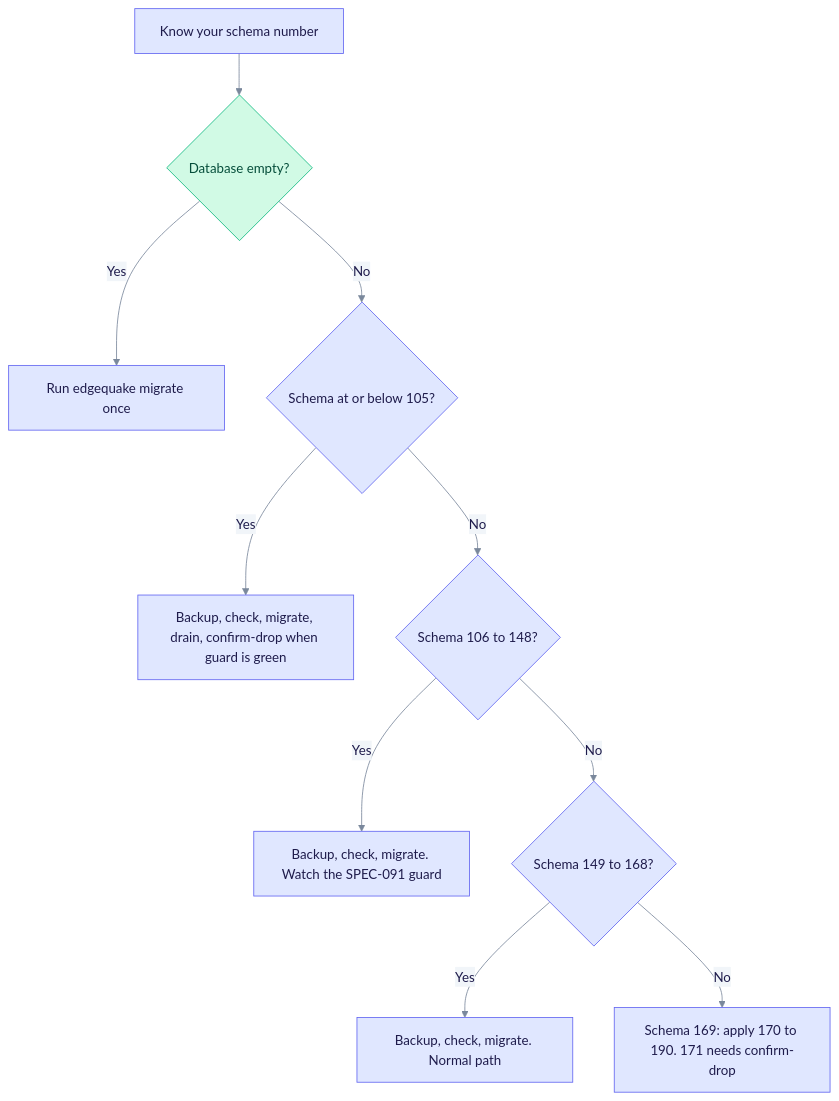
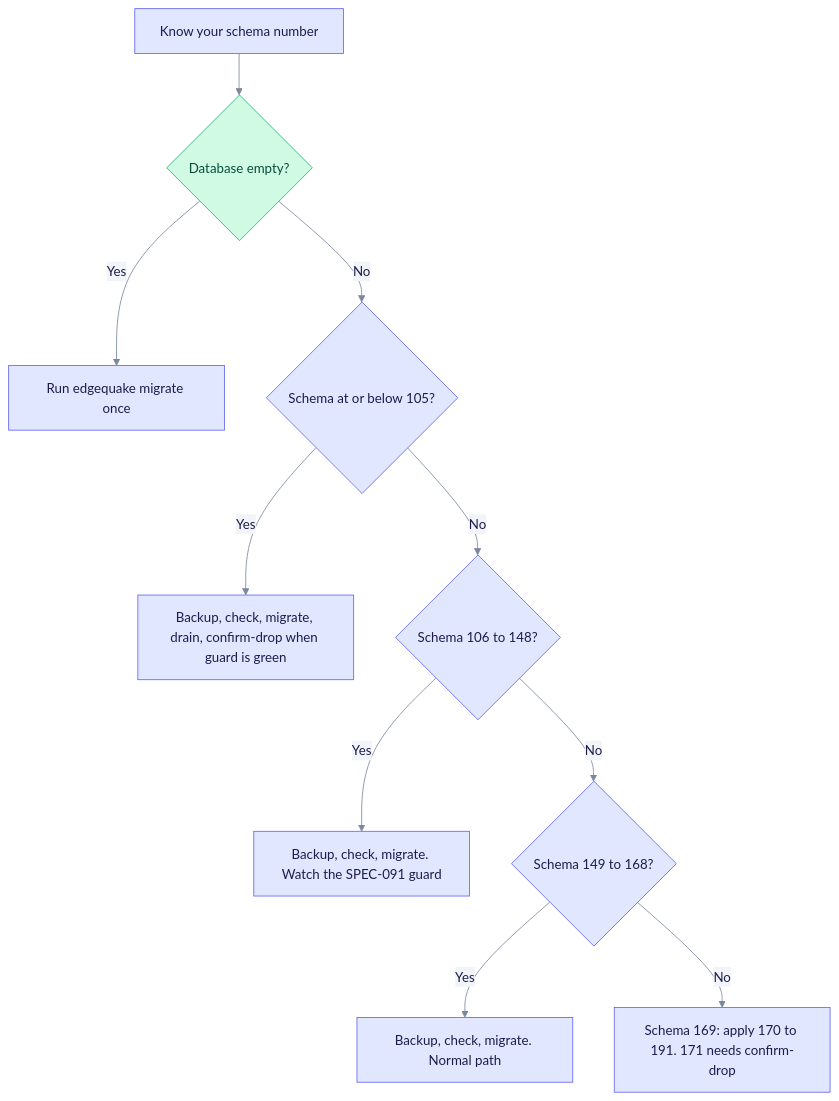
Before and after one commit to YatchiYa/edgequake: the first of 3 diagrams in docs/operations/upgrading.md, drawn with Mermaid. The commit also changed other lines of this file and 11 other files, not shown here.

````diff
--- a/docs/operations/upgrading.md
+++ b/docs/operations/upgrading.md
@@ -24,17 +24,17 @@
 ```mermaid
 %%{init: {"theme":"base","themeVariables":{"primaryColor":"#E0E7FF","primaryBorderColor":"#6366F1","primaryTextColor":"#1E1B4B","secondaryColor":"#D1FAE5","secondaryBorderColor":"#10B981","secondaryTextColor":"#064E3B","tertiaryColor":"#FEF3C7","tertiaryBorderColor":"#F59E0B","tertiaryTextColor":"#6B7A90","lineColor":"#7A889C","clusterBkg":"rgba(99,102,241,0.07)","clusterBorder":"#A5B4FC","noteBkgColor":"#FEF9C3","noteTextColor":"#422006","textColor":"#6B7A90","titleColor":"#6B7A90","signalColor":"#7A889C","signalTextColor":"#6B7A90","loopTextColor":"#6B7A90","edgeLabelBackground":"#F1F5F9","actorLineColor":"#94A3B8"}}}%%
 %% eq-theme:v1
 flowchart TD
   A["Know your schema number"] --> B{"Database empty?"}
   B -->|Yes| C["Run edgequake migrate once"]
   B -->|No| D{"Schema at or below 105?"}
   D -->|Yes| E["Backup, check, migrate, drain, confirm-drop when guard is green"]
   D -->|No| F{"Schema 106 to 148?"}
   F -->|Yes| G["Backup, check, migrate. Watch the SPEC-091 guard"]
   F -->|No| H{"Schema 149 to 168?"}
   H -->|Yes| I["Backup, check, migrate. Normal path"]
-  H -->|No| J["Schema 169: apply 170 to 190. 171 needs confirm-drop"]
+  H -->|No| J["Schema 169: apply 170 to 191. 171 needs confirm-drop"]
 %% eq-classes
 classDef eqStore fill:#D1FAE5,stroke:#10B981,color:#064E3B
 class B eqStore
 ```
````
